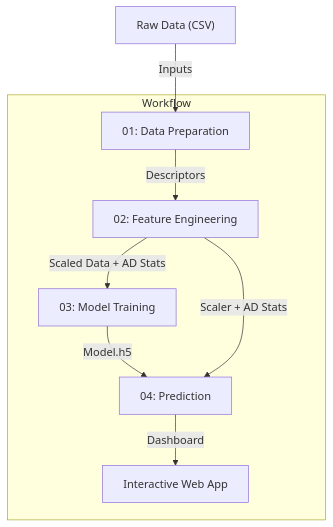
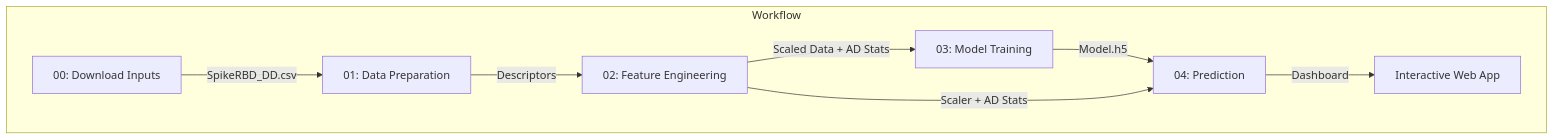
Before and after one commit to chiral-data/collab-workflows: the diagram in workflows/workflow-005/README.md, drawn with Mermaid. The commit also changed other lines of this file and 11 other files, not shown here.

First line of the commit message:
workflow-005: add node 00-download-inputs (#135)

````diff
--- a/workflows/workflow-005/README.md
+++ b/workflows/workflow-005/README.md
@@ -23,11 +24,11 @@
 ```mermaid
 graph TD
-    A["Raw Data (CSV)"] -->|Inputs| N1
     subgraph Workflow
-        N1["01: Data Preparation"] -->|Descriptors| N2["02: Feature Engineering"]
+        N0["00: Download Inputs"] -->|"SpikeRBD_DD.csv"| N1["01: Data Preparation"]
+        N1 -->|Descriptors| N2["02: Feature Engineering"]
         N2 -->|"Scaled Data + AD Stats"| N3["03: Model Training"]
         N3 -->|"Model.h5"| N4["04: Prediction"]
         N2 -->|"Scaler + AD Stats"| N4
         N4 -->|Dashboard| WebApp["Interactive Web App"]
     end
 ```
````
